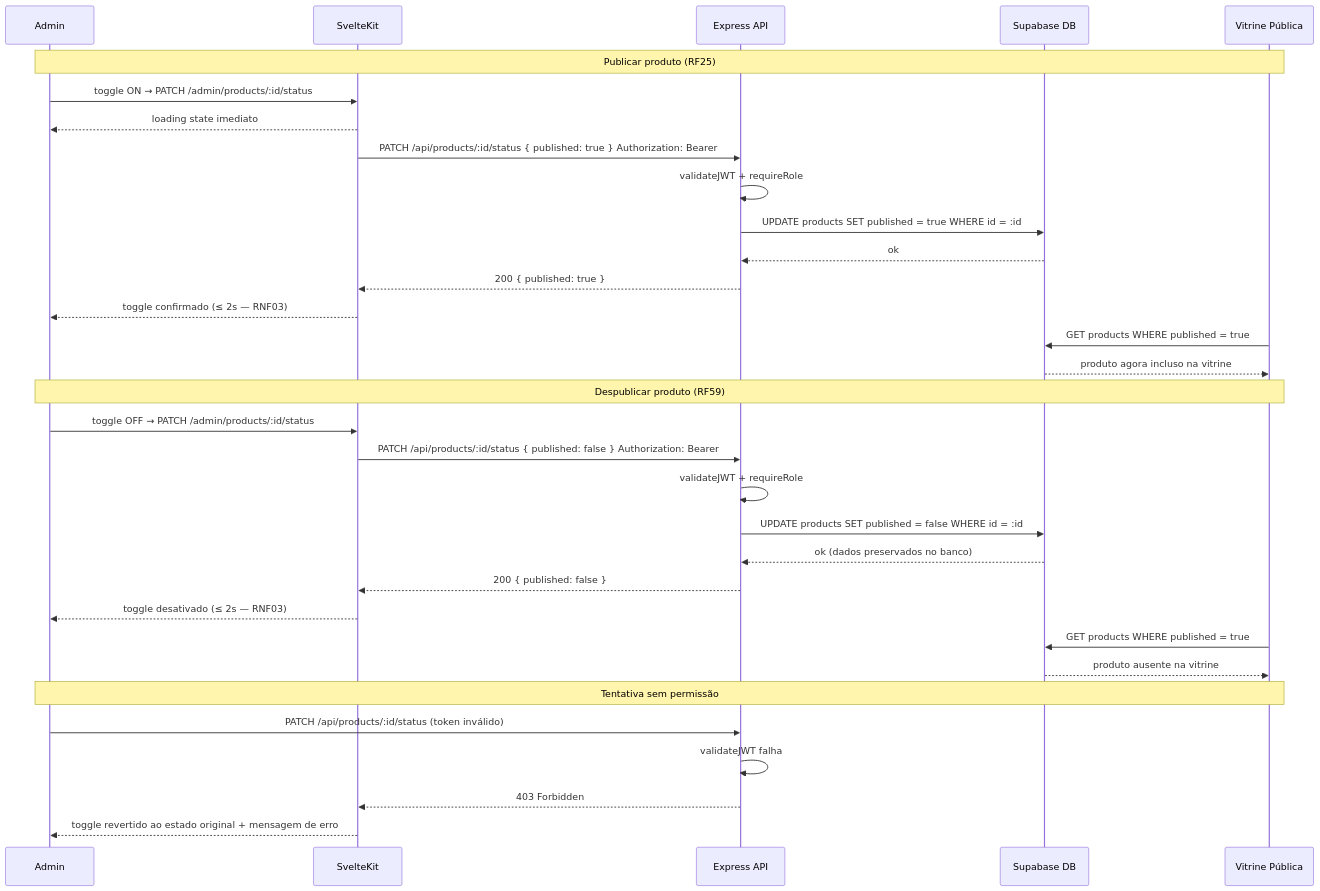
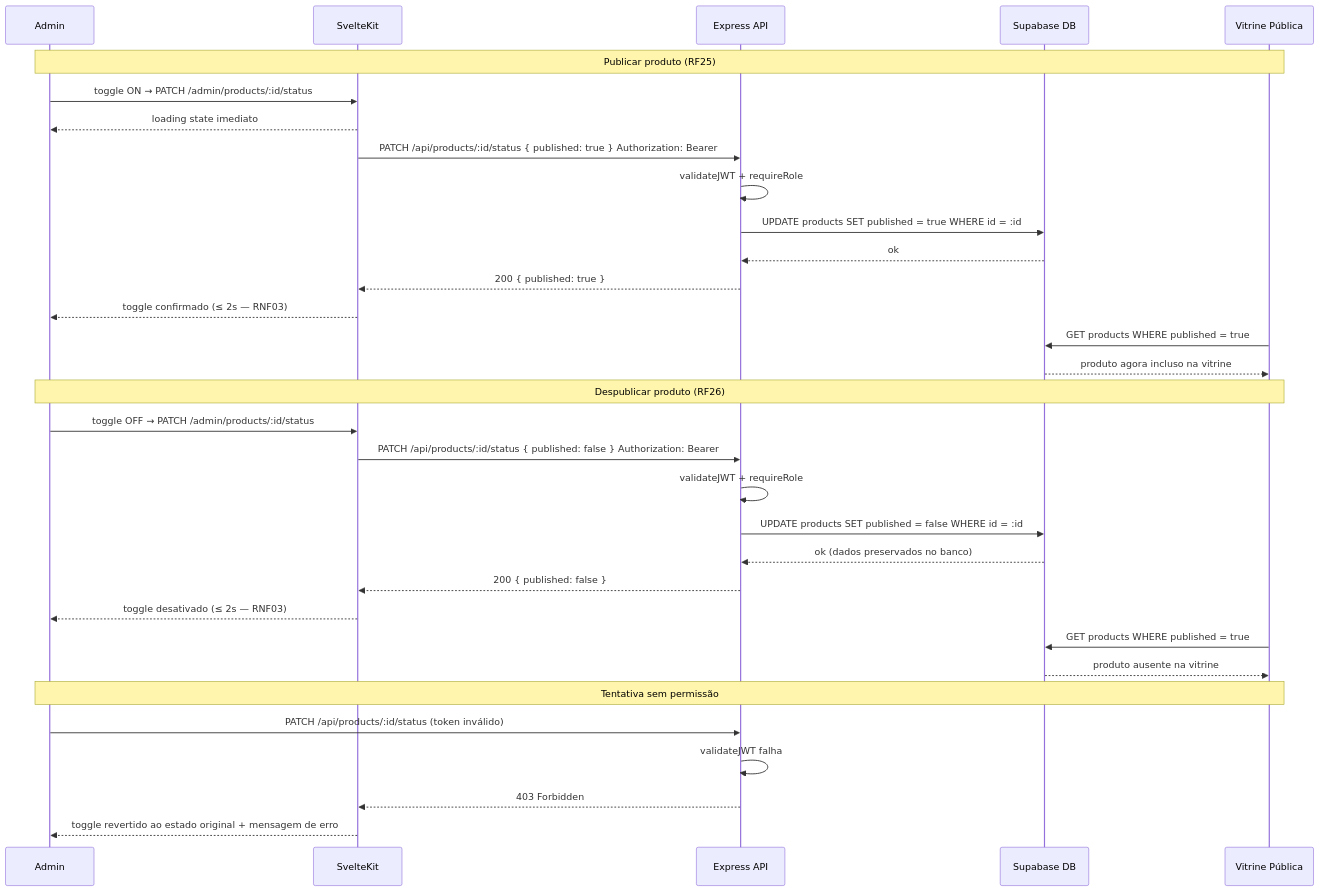
Before and after one commit to mdsreq-fga-unb/REQ-2026.1-T02-Crianex-: the fifth of 10 diagrams in gh-pages/docs/iteracoes/iteracao-1/features-entregues.md, drawn with Mermaid. The commit also changed other lines of this file and 3 other files, not shown here.

````diff
--- a/gh-pages/docs/iteracoes/iteracao-1/features-entregues.md
+++ b/gh-pages/docs/iteracoes/iteracao-1/features-entregues.md
@@ -373,37 +362,37 @@
 ```mermaid
 sequenceDiagram
     participant A as Admin
     participant SK as SvelteKit
     participant EX as Express API
     participant DB as Supabase DB
     participant V as Vitrine Pública
 
     Note over A,V: Publicar produto (RF25)
     A->>SK: toggle ON → PATCH /admin/products/:id/status
     SK-->>A: loading state imediato
     SK->>EX: PATCH /api/products/:id/status { published: true } Authorization: Bearer
     EX->>EX: validateJWT + requireRole
     EX->>DB: UPDATE products SET published = true WHERE id = :id
     DB-->>EX: ok
     EX-->>SK: 200 { published: true }
     SK-->>A: toggle confirmado (≤ 2s — RNF03)
     V->>DB: GET products WHERE published = true
     DB-->>V: produto agora incluso na vitrine
 
-    Note over A,V: Despublicar produto (RF59)
+    Note over A,V: Despublicar produto (RF26)
     A->>SK: toggle OFF → PATCH /admin/products/:id/status
     SK->>EX: PATCH /api/products/:id/status { published: false } Authorization: Bearer
     EX->>EX: validateJWT + requireRole
     EX->>DB: UPDATE products SET published = false WHERE id = :id
     DB-->>EX: ok (dados preservados no banco)
     EX-->>SK: 200 { published: false }
     SK-->>A: toggle desativado (≤ 2s — RNF03)
     V->>DB: GET products WHERE published = true
     DB-->>V: produto ausente na vitrine
 
     Note over A,V: Tentativa sem permissão
     A->>EX: PATCH /api/products/:id/status (token inválido)
     EX->>EX: validateJWT falha
     EX-->>SK: 403 Forbidden
     SK-->>A: toggle revertido ao estado original + mensagem de erro
 ```
````
